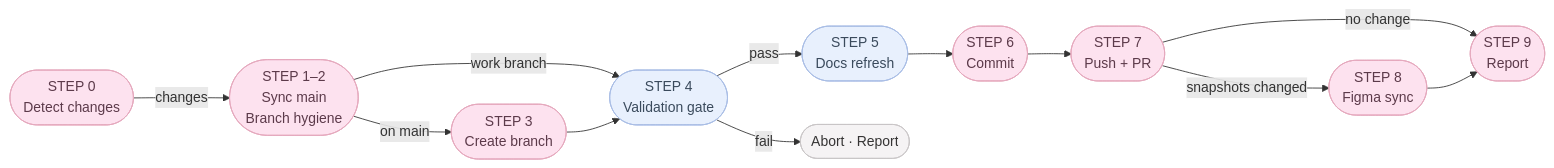
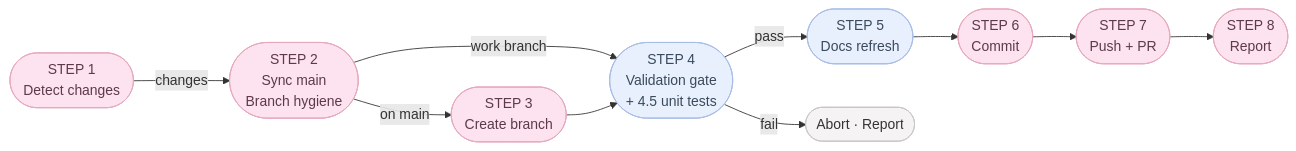
The diagram in README.md (soojjung/dwee-wellness-tracker), drawn with Mermaid before and after one commit. The commit also changed other lines of this file and 169 other files, not shown here.

````diff
--- a/README.md
+++ b/README.md
@@ -100,31 +100,28 @@
 ```mermaid
 flowchart LR
-    S0([STEP 0\nDetect changes])
-    S1([STEP 1–2\nSync main\nBranch hygiene])
-    S2([STEP 3\nCreate branch])
-    S3([STEP 4\nValidation gate])
-    S4([STEP 5\nDocs refresh])
-    S5([STEP 6\nCommit])
-    S6([STEP 7\nPush + PR])
-    S7([STEP 8\nFigma sync])
-    S8([STEP 9\nReport])
+    S1(["STEP 1\nDetect changes"])
+    S2(["STEP 2\nSync main\nBranch hygiene"])
+    S3(["STEP 3\nCreate branch"])
+    S4(["STEP 4\nValidation gate\n+ 4.5 unit tests"])
+    S5(["STEP 5\nDocs refresh"])
+    S6(["STEP 6\nCommit"])
+    S7(["STEP 7\nPush + PR"])
+    S8(["STEP 8\nReport"])
 
-    S0 -->|changes| S1
-    S1 -->|on main| S2
-    S1 -->|work branch| S3
-    S2 --> S3
-    S3 -->|pass| S4
-    S3 -->|fail| X([Abort · Report])
-    S4 --> S5
+    S1 -->|"changes"| S2
+    S2 -->|"on main"| S3
+    S2 -->|"work branch"| S4
+    S3 --> S4
+    S4 -->|"pass"| S5
+    S4 -->|"fail"| X(["Abort · Report"])
     S5 --> S6
-    S6 -->|snapshots changed| S7
-    S6 -->|no change| S8
+    S6 --> S7
     S7 --> S8
 
     classDef step fill:#FDE2EF,stroke:#E5A8BD,color:#5C3A4A;
     classDef gate fill:#E8F0FD,stroke:#A8BDE5,color:#3A4A5C;
     classDef stop fill:#F5F3F4,stroke:#C9C6C7,color:#353434;
-    class S0,S1,S2,S5,S6,S7,S8 step;
-    class S3,S4 gate;
+    class S1,S2,S3,S6,S7,S8 step;
+    class S4,S5 gate;
     class X stop;
 ```
````
